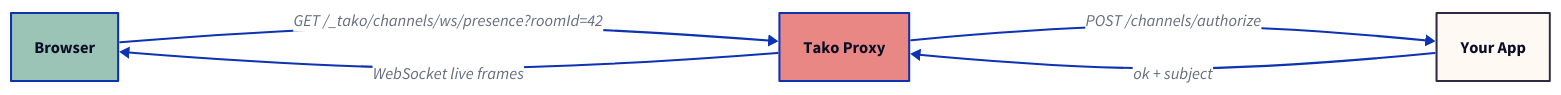
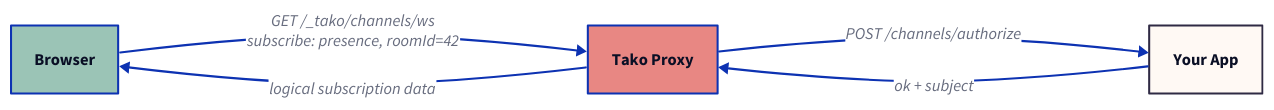
One commit to tako-sh/tako changed the diagram in website/src/content/blog/self-hosted-pusher-alternative.md. Above: the diagram before and after it, drawn with D2. The commit also changed other lines of this file and 20 other files, not shown here.

````diff
--- a/website/src/content/blog/self-hosted-pusher-alternative.md
+++ b/website/src/content/blog/self-hosted-pusher-alternative.md
@@ -110,12 +120,12 @@
 ```d2
 direction: right
 
 client: Browser {style.fill: "#9BC4B6"; style.font-size: 16}
 proxy: Tako Proxy {style.fill: "#E88783"; style.font-size: 16}
 app: Your App {style.fill: "#FFF9F4"; style.stroke: "#2F2A44"; style.font-size: 16}
 
-client -> proxy: "GET /_tako/channels/ws/presence?roomId=42"
+client -> proxy: "GET /_tako/channels/ws\nsubscribe: presence, roomId=42"
 proxy -> app: "POST /channels/authorize"
 app -> proxy: "ok + subject"
-proxy -> client: "WebSocket live frames"
+proxy -> client: "logical subscription data"
 ```
````
